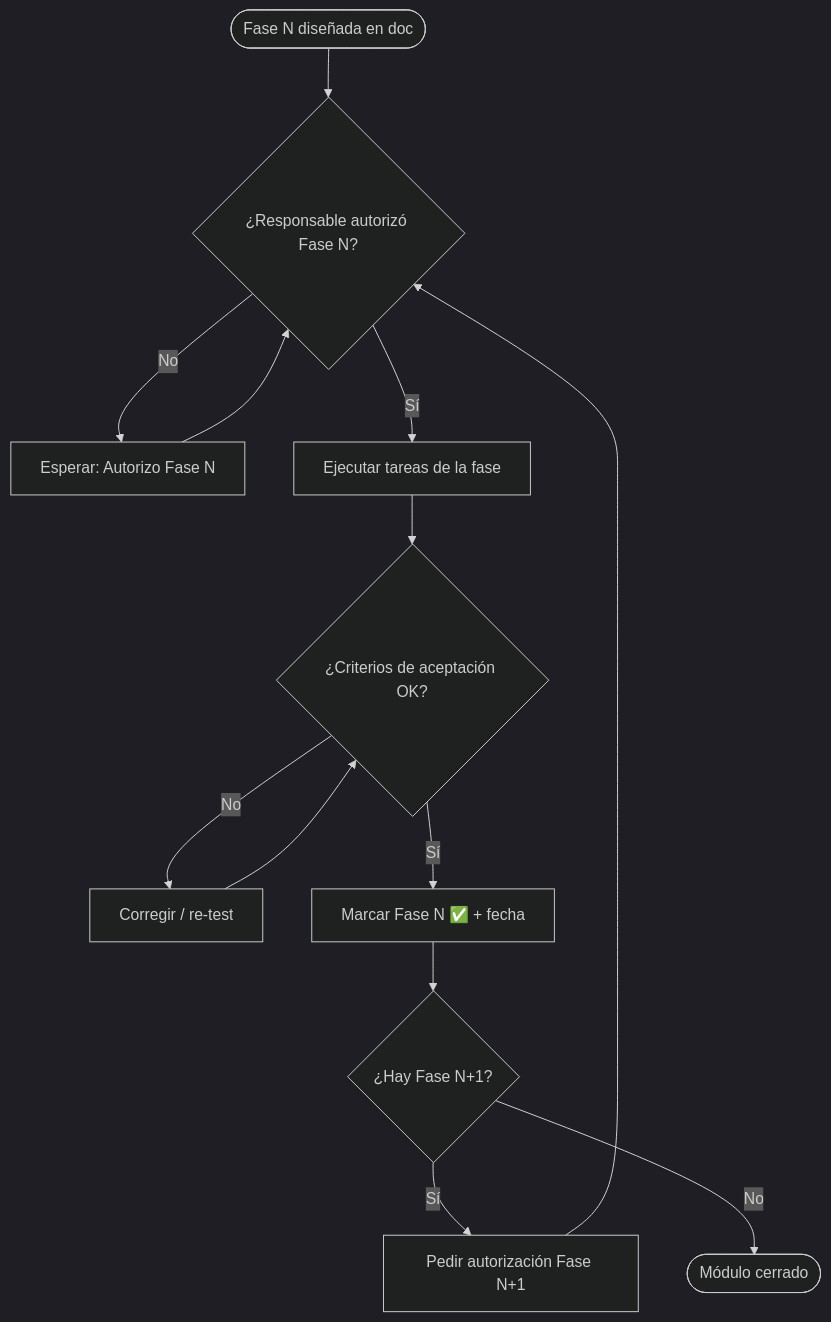
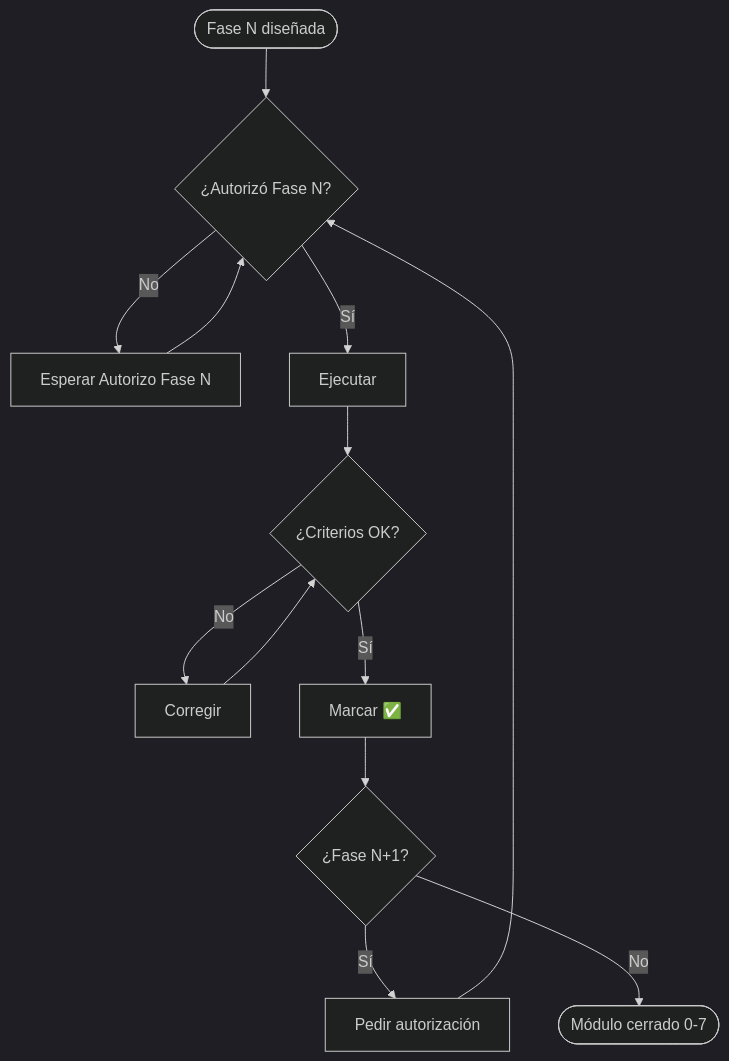
One commit to rastrahm/staking changed the tenth of 10 diagrams in doc/03-flujograma.md. Above: the diagram before and after it, drawn with Mermaid (dark theme). The commit also changed other lines of this file and 9 other files, not shown here.

````diff
--- a/doc/03-flujograma.md
+++ b/doc/03-flujograma.md
@@ -164,15 +193,15 @@
 ```mermaid
 flowchart TD
-    A([Fase N diseñada en doc]) --> B{¿Responsable autorizó Fase N?}
-    B -->|No| C[Esperar: Autorizo Fase N]
+    A([Fase N diseñada]) --> B{¿Autorizó Fase N?}
+    B -->|No| C[Esperar Autorizo Fase N]
     C --> B
-    B -->|Sí| D[Ejecutar tareas de la fase]
-    D --> E{¿Criterios de aceptación OK?}
-    E -->|No| F[Corregir / re-test]
+    B -->|Sí| D[Ejecutar]
+    D --> E{¿Criterios OK?}
+    E -->|No| F[Corregir]
     F --> E
-    E -->|Sí| G[Marcar Fase N ✅ + fecha]
-    G --> H{¿Hay Fase N+1?}
-    H -->|Sí| I[Pedir autorización Fase N+1]
+    E -->|Sí| G[Marcar ✅]
+    G --> H{¿Fase N+1?}
+    H -->|Sí| I[Pedir autorización]
     I --> B
-    H -->|No| J([Módulo cerrado])
+    H -->|No| J([Módulo cerrado 0-7])
 ```
````
